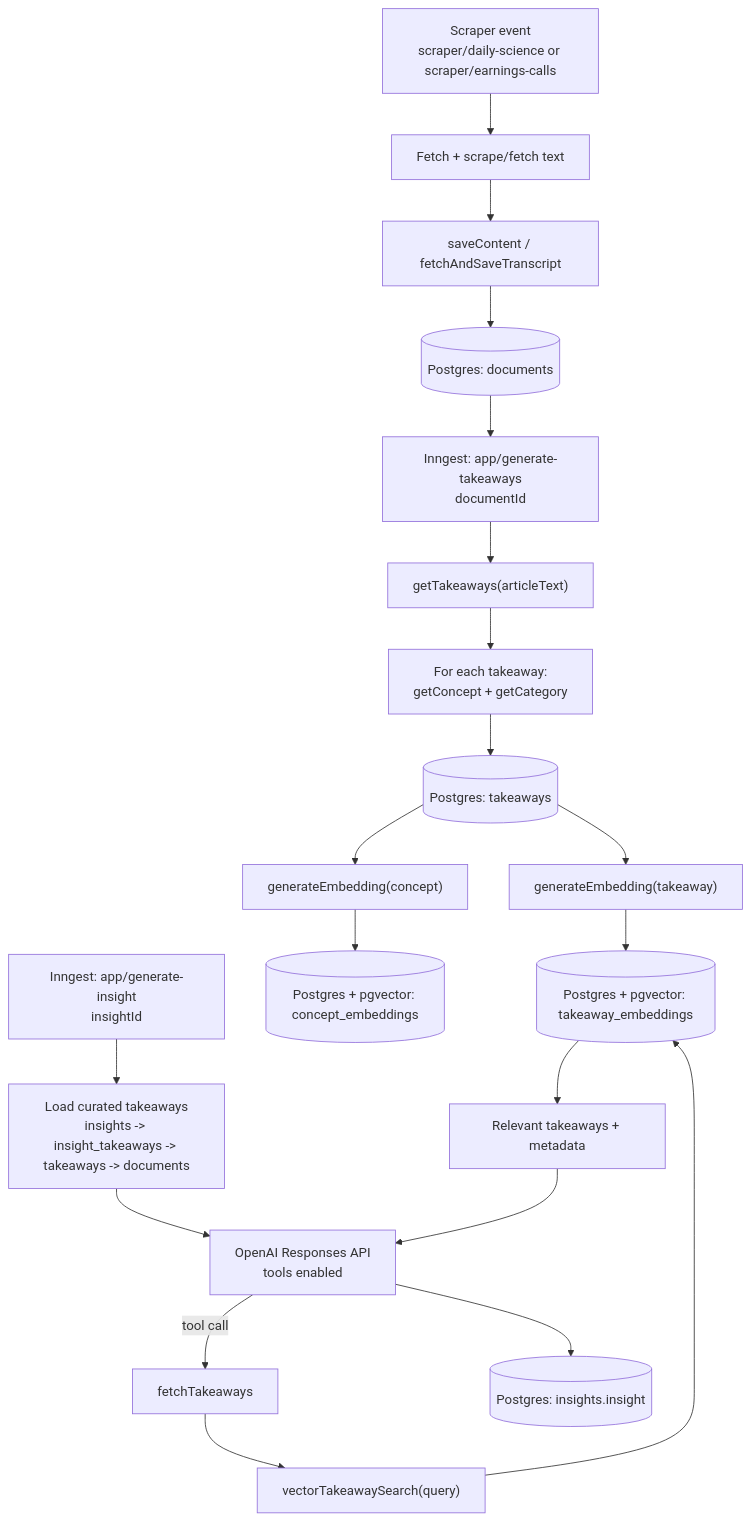
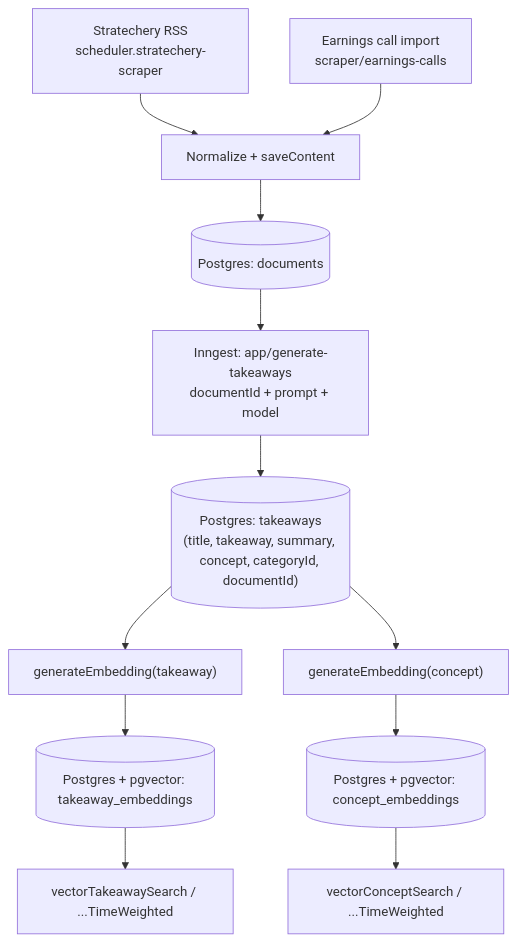
Before and after one commit to starmode-base/expert-system: the first of 2 diagrams in INSIGHT_GENERATION_BACKEND_FLOW.md, drawn with Mermaid. The commit also changed other lines of this file, not shown here.

````diff
--- a/INSIGHT_GENERATION_BACKEND_FLOW.md
+++ b/INSIGHT_GENERATION_BACKEND_FLOW.md
@@ -152,29 +101,14 @@
 ```mermaid
 flowchart TD
-  %% Stage 1: Ingestion
-  A["Scraper event\nscraper/daily-science or scraper/earnings-calls"] --> B["Fetch + scrape/fetch text"]
-  B --> C["saveContent / fetchAndSaveTranscript"]
-  C --> D[("Postgres: documents")]
-
-  %% Stage 2: Takeaways + concepts
-  D --> E["Inngest: app/generate-takeaways\ndocumentId"]
-  E --> F["getTakeaways(articleText)"]
-  F --> G["For each takeaway:\ngetConcept + getCategory"]
-  G --> H[("Postgres: takeaways")]
-
-  %% Stage 3: Embeddings + vector DB
-  H --> I["generateEmbedding(takeaway)"]
-  H --> J["generateEmbedding(concept)"]
-  I --> K[("Postgres + pgvector: takeaway_embeddings")]
-  J --> L[("Postgres + pgvector: concept_embeddings")]
-
-  %% Stage 4: Insight generation
-  M["Inngest: app/generate-insight\ninsightId"] --> N["Load curated takeaways\ninsights -> insight_takeaways -> takeaways -> documents"]
-  N --> O["OpenAI Responses API\ntools enabled"]
-  O -->|tool call| P["fetchTakeaways"]
-  P --> Q["vectorTakeawaySearch(query)"]
-  Q --> K
-  K --> R["Relevant takeaways + metadata"]
-  R --> O
-  O --> S[("Postgres: insights.insight")]
+  A["Stratechery RSS\nscheduler.stratechery-scraper"] --> B["Normalize + saveContent"]
+  A2["Earnings call import\nscraper/earnings-calls"] --> B
+  B --> C[("Postgres: documents")]
+  C --> D["Inngest: app/generate-takeaways\ndocumentId + prompt + model"]
+  D --> E[("Postgres: takeaways\n(title, takeaway, summary, concept, categoryId, documentId)")]
+  E --> F["generateEmbedding(takeaway)"]
+  E --> G["generateEmbedding(concept)"]
+  F --> H[("Postgres + pgvector: takeaway_embeddings")]
+  G --> I[("Postgres + pgvector: concept_embeddings")]
+  H --> J["vectorTakeawaySearch / ...TimeWeighted"]
+  I --> K["vectorConceptSearch / ...TimeWeighted"]
 ```
````
